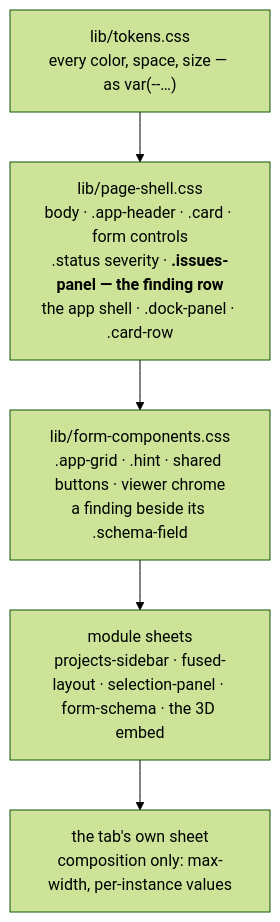
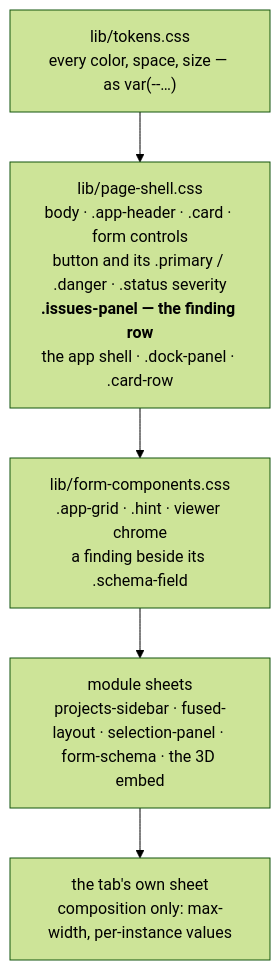
Before and after one commit to Qing-LAB/molbuilder: the diagram in docs/web/ui-contract.md, drawn with Mermaid (forest theme). The commit also changed other lines of this file and 113 other files, not shown here.

````diff
--- a/docs/web/ui-contract.md
+++ b/docs/web/ui-contract.md
@@ -21,9 +21,9 @@
 ```mermaid
 flowchart TD
   T["lib/tokens.css<br/>every color, space, size — as var(--…)"]
-  PS["lib/page-shell.css<br/>body · .app-header · .card · form controls<br/>.status severity · <b>.issues-panel — the finding row</b><br/>the app shell · .dock-panel · .card-row"]
-  FC["lib/form-components.css<br/>.app-grid · .hint · shared buttons · viewer chrome<br/>a finding beside its .schema-field"]
+  PS["lib/page-shell.css<br/>body · .app-header · .card · form controls<br/>button and its .primary / .danger · .status severity<br/><b>.issues-panel — the finding row</b><br/>the app shell · .dock-panel · .card-row"]
+  FC["lib/form-components.css<br/>.app-grid · .hint · viewer chrome<br/>a finding beside its .schema-field"]
   M["module sheets<br/>projects-sidebar · fused-layout · selection-panel · form-schema · the 3D embed"]
   P["the tab's own sheet<br/>composition only: max-width, per-instance values"]
   T --> PS --> FC --> M --> P
 ```
````
